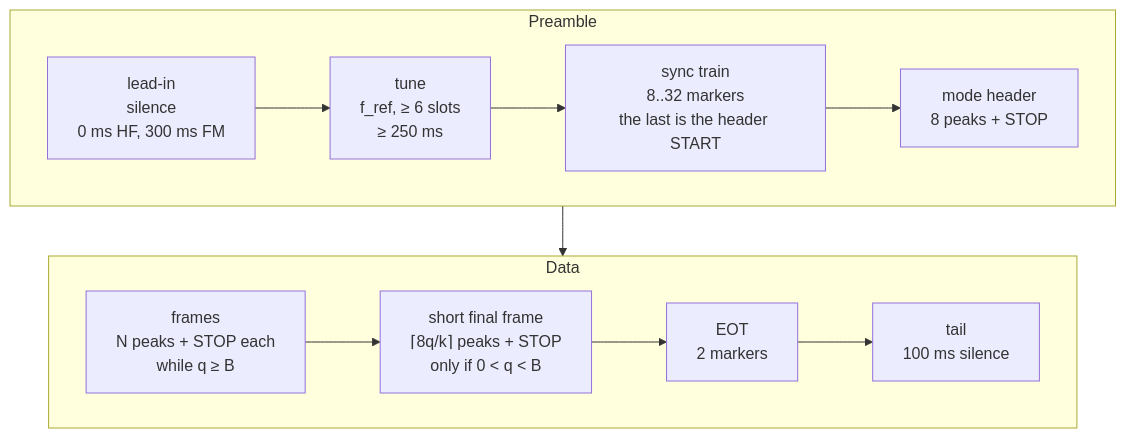
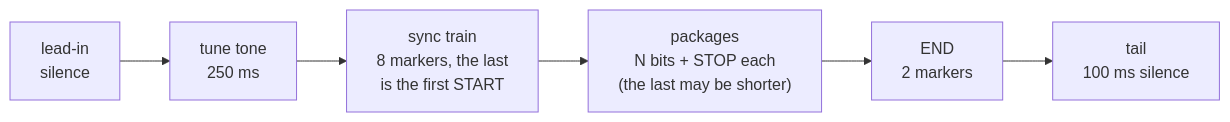
The first of 4 diagrams in README.md (solariun/unlimited), drawn with Mermaid before and after one commit. The commit also changed other lines of this file and 58 other files, not shown here.

````diff
--- a/README.md
+++ b/README.md
@@ -415,12 +594,8 @@
 ```mermaid
-flowchart TB
-    subgraph PRE["Preamble"]
-        direction LR
-        L["lead-in<br/>silence<br/>0 ms HF, 300 ms FM"] --> U["tune<br/>f_ref, ≥ 6 slots<br/>≥ 250 ms"] --> S["sync train<br/>8..32 markers<br/>the last is the header START"] --> H["mode header<br/>8 peaks + STOP"]
-    end
-    subgraph DATA["Data"]
-        direction LR
-        F["frames<br/>N peaks + STOP each<br/>while q ≥ B"] --> Q["short final frame<br/>⌈8q/k⌉ peaks + STOP<br/>only if 0 < q < B"] --> E["EOT<br/>2 markers"] --> T["tail<br/>100 ms silence"]
-    end
-    PRE --> DATA
+flowchart LR
+    A["lead-in<br/>silence"] --> B["tune tone<br/>250 ms"]
+    B --> C["sync train<br/>8 markers, the last<br/>is the first START"]
+    C --> D["packages<br/>N bits + STOP each<br/>(the last may be shorter)"]
+    D --> E["END<br/>2 markers"]
+    E --> F["tail<br/>100 ms silence"]
 ```
````
